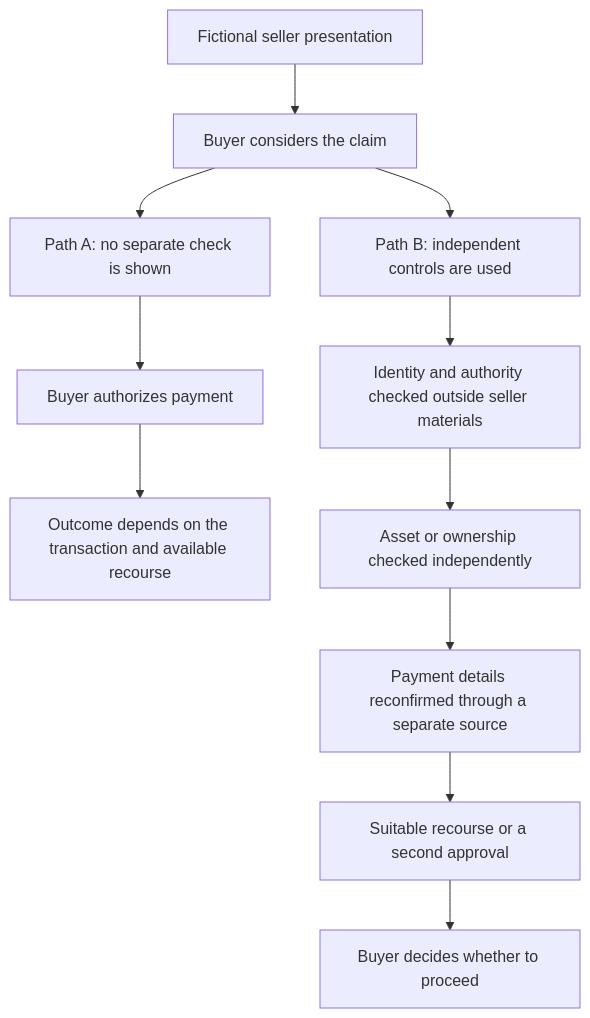
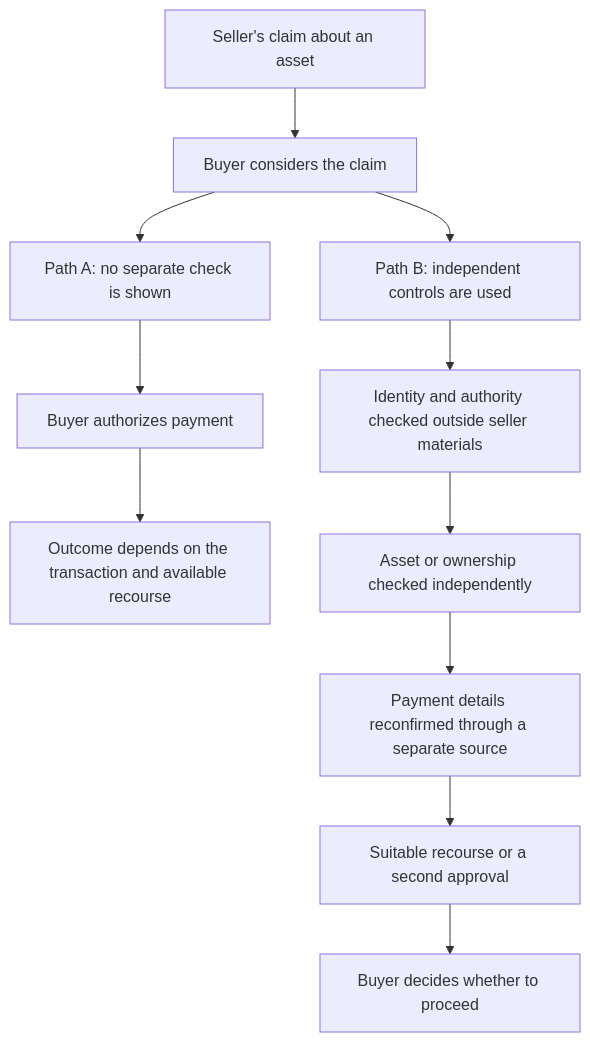
Before and after one commit to lpayt402/evidence-led-investigation: the diagram in docs/TASK-TO-OUTCOME-LENS.md, drawn with Mermaid. The commit also changed other lines of this file, not shown here.

````diff
--- a/docs/TASK-TO-OUTCOME-LENS.md
+++ b/docs/TASK-TO-OUTCOME-LENS.md
@@ -55,13 +57,13 @@
 ```mermaid
 flowchart TD
-    A["Fictional seller presentation"] --> B["Buyer considers the claim"]
+    A["Seller's claim about an asset"] --> B["Buyer considers the claim"]
     B --> C["Path A: no separate check is shown"]
     C --> D["Buyer authorizes payment"]
     D --> E["Outcome depends on the transaction and available recourse"]
     B --> F["Path B: independent controls are used"]
     F --> G["Identity and authority checked outside seller materials"]
     G --> H["Asset or ownership checked independently"]
     H --> I["Payment details reconfirmed through a separate source"]
     I --> J["Suitable recourse or a second approval"]
     J --> K["Buyer decides whether to proceed"]
 ```
````
